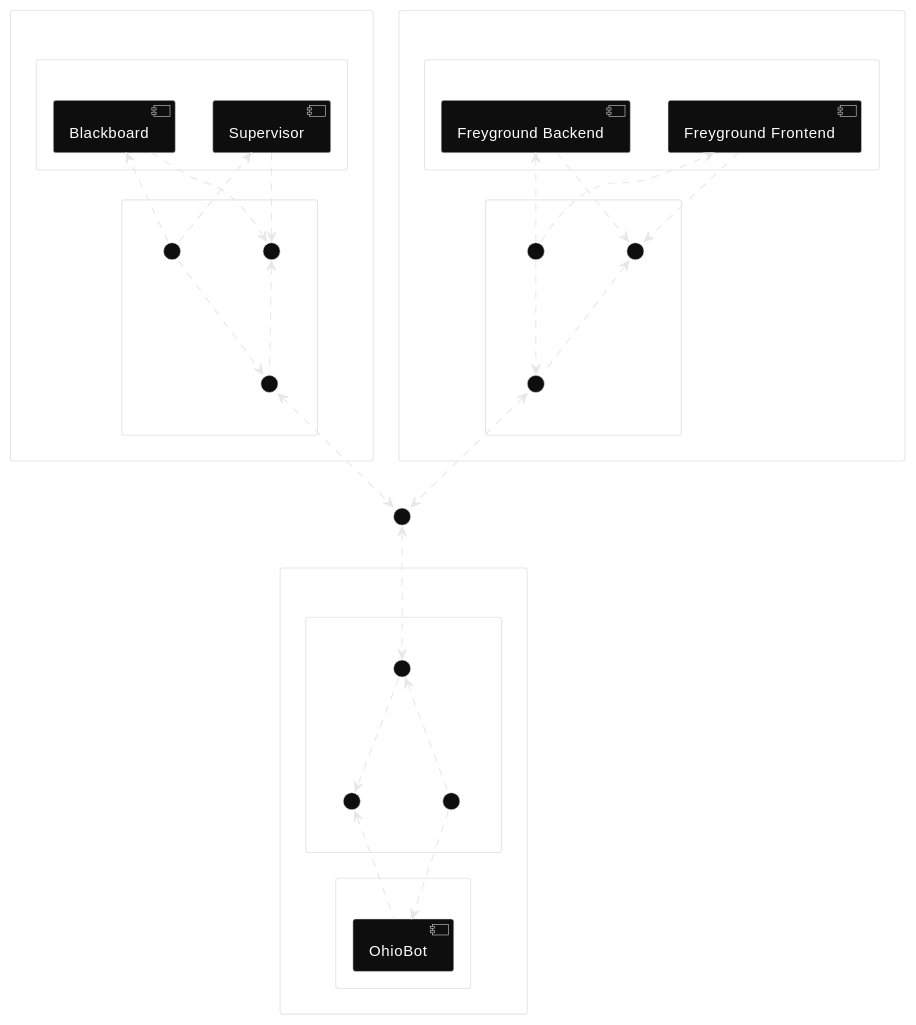
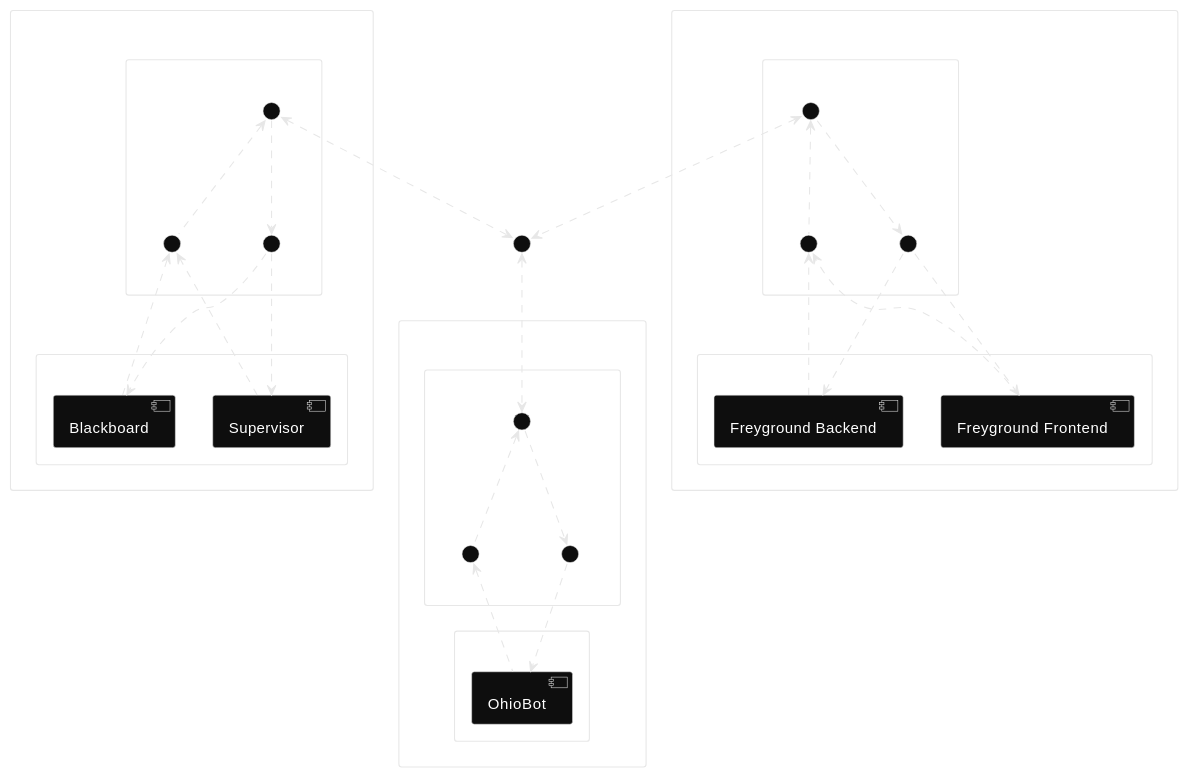
One commit to freylint/freyground changed the diagram in docs/architecture.md. Above: the diagram before and after it, drawn with PlantUML. The commit also changed 1 other file, not shown here.

Commit message:
Fix architecture data flow.

````diff
--- a/docs/architecture.md
+++ b/docs/architecture.md
@@ -3,68 +3,68 @@
 ```plantuml
 skinparam backgroundColor transparent
 skinparam monochrome reverse
 rectangle Runtime {
     rectangle "Runtime Apps" as rtapps {
         [Supervisor] as supervisor
         [Blackboard] as blackboard
     }
 
     rectangle {
         () "Input" as rtwsin
         () "Output" as rtwsout
         () "socket" as rtsock
 
-        rtsock .u.> rtwsin
-        rtwsout .d.> rtsock
+        rtwsin .u.> rtsock
+        rtsock .d.> rtwsout
     }
 
     supervisor ..> rtwsin
     rtwsout ..> supervisor
     blackboard ..> rtwsin
     rtwsout ..> blackboard
 }
 
 rectangle Website {
     rectangle "Website Apps" as fgapps {
         [Freyground Frontend] as frontend
         [Freyground Backend] as backend
     }
 
     rectangle {
         () "Input" as fgwsin
         () "Output" as fgwsout
         () "socket" as fgsock
 
-        fgsock .u.> fgwsin
-        fgwsout .d.> fgsock
+        fgwsin .u.> fgsock
+        fgsock .d.> fgwsout
     }
     frontend ..> fgwsin
     fgwsout ..> frontend
     backend ..> fgwsin
     fgwsout ..> backend
 }
 
 rectangle Applets {
     rectangle "Applet Apps" as apps {
         [OhioBot] as ohiobot
     }
 
     rectangle {
         () "Input" as appwsin
         () "Output" as appwsout
         () "socket" as appsock
 
-        appsock .d.> appwsin
-        appwsout .u.> appsock
+        appwsin .u.> appsock
+        appsock .d.> appwsout
     }
 
     ohiobot .u.> appwsin
     appwsout .d.> ohiobot
 }
 
 () "Standard Messaging Interface" as smi
 fgsock <.d.> smi
 rtsock <.d.> smi
 appsock <.u.> smi
 
 ```
````
